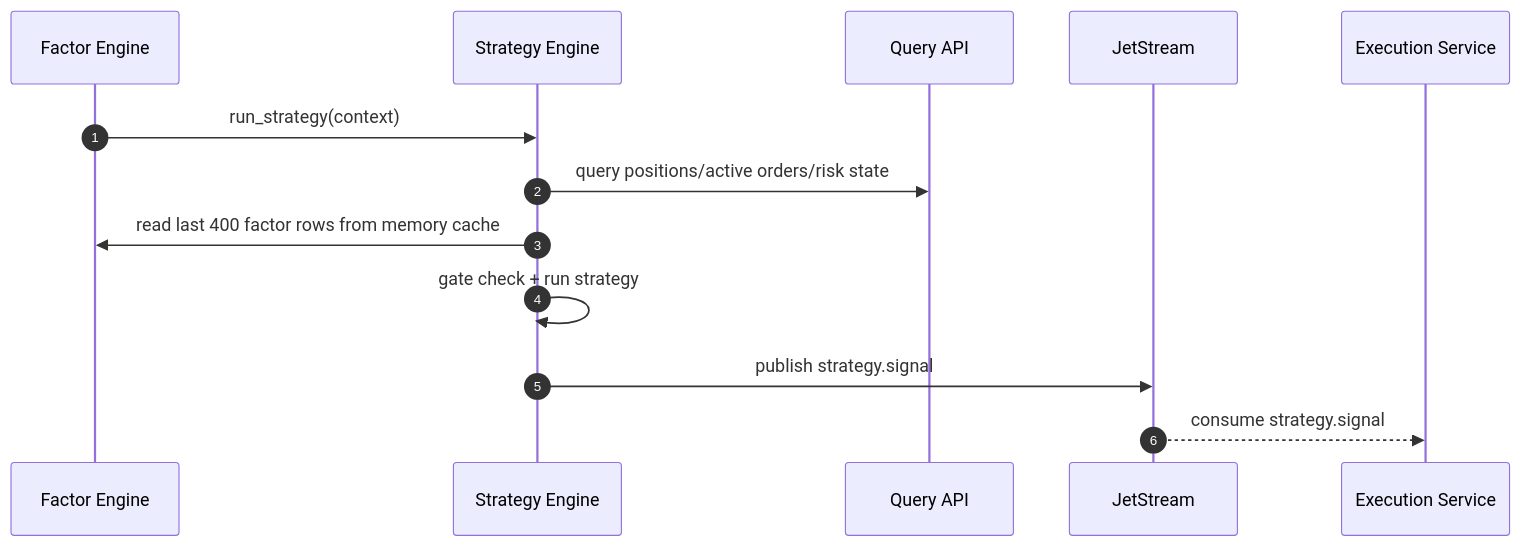
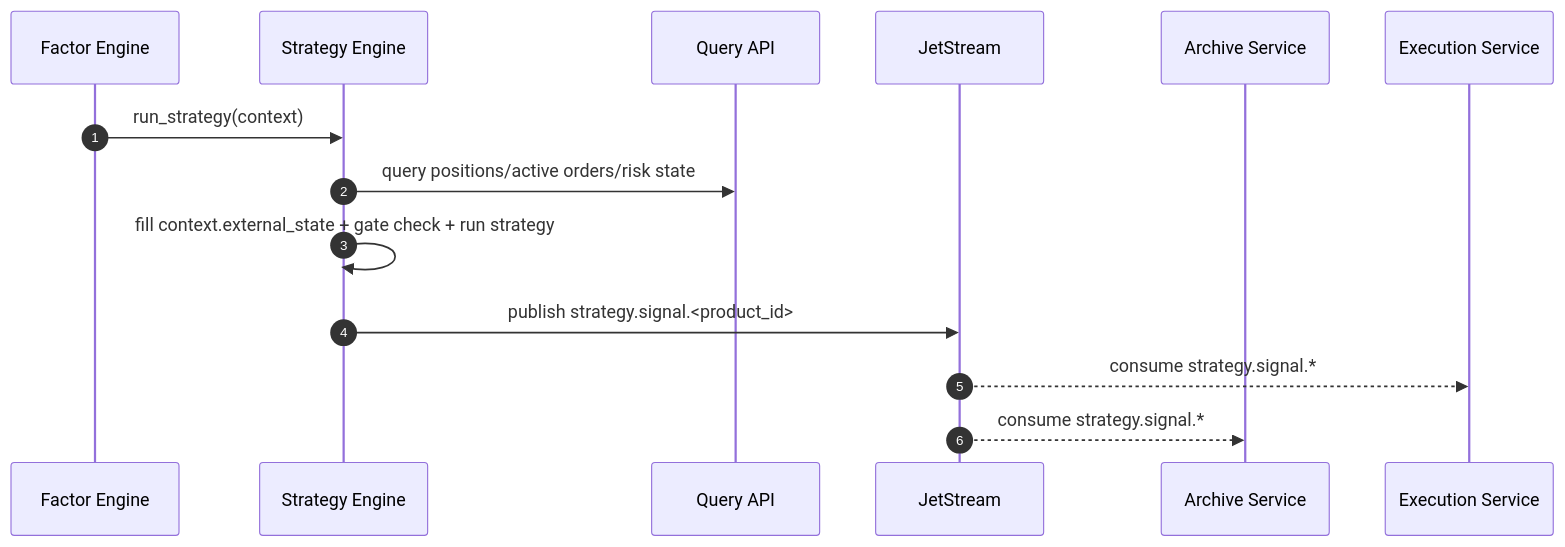
The second of 2 diagrams in docs/design/03_strategy_engine_technical_design.md (lancewliang/vnpy_hft), drawn with Mermaid before and after one commit. The commit also changed other lines of this file and 1 other file, not shown here.

````diff
--- a/docs/design/03_strategy_engine_technical_design.md
+++ b/docs/design/03_strategy_engine_technical_design.md
@@ -229,16 +314,17 @@
 ```mermaid
 sequenceDiagram
     autonumber
     participant FE as Factor Engine
     participant SE as Strategy Engine
     participant QA as Query API
     participant MQ as JetStream
+    participant AS as Archive Service
     participant OMS as Execution Service
 
     FE->>SE: run_strategy(context)
     SE->>QA: query positions/active orders/risk state
-    SE->>FE: read last 400 factor rows from memory cache
-    SE->>SE: gate check + run strategy
-    SE->>MQ: publish strategy.signal
-    MQ-->>OMS: consume strategy.signal
+    SE->>SE: fill context.external_state + gate check + run strategy
+    SE->>MQ: publish strategy.signal.<product_id>
+    MQ-->>OMS: consume strategy.signal.*
+    MQ-->>AS: consume strategy.signal.*
 ```
````
